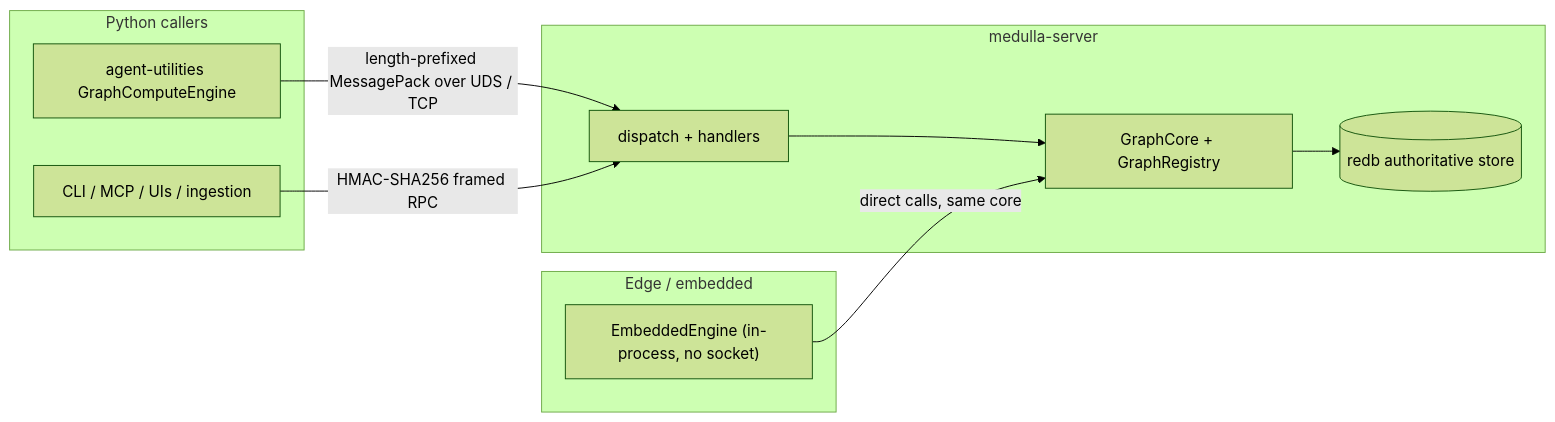
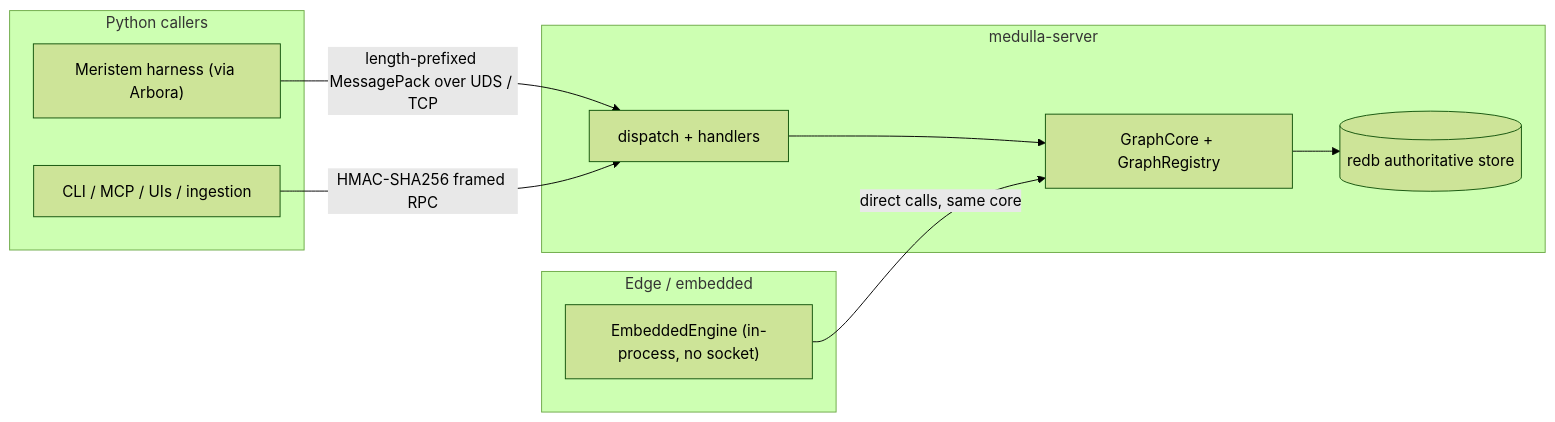
Before and after one commit to Knuckles-Team/epistemic-graph: the first of 3 diagrams in docs/overview.md, drawn with Mermaid (forest theme). The commit also changed other lines of this file and 2 other files, not shown here.

First line of the commit message:
docs: refresh architecture names and boundaries

````diff
--- a/docs/overview.md
+++ b/docs/overview.md
@@ -20,22 +20,22 @@
 ```mermaid
 flowchart LR
     subgraph PyCallers["Python callers"]
-        AU["agent-utilities GraphComputeEngine"]
+        AU["Meristem harness (via Arbora)"]
         CLI["CLI / MCP / UIs / ingestion"]
     end
     subgraph Edge["Edge / embedded"]
         EMB["EmbeddedEngine (in-process, no socket)"]
     end
 
     subgraph Server["medulla-server"]
         DISP["dispatch + handlers"]
         CORE["GraphCore + GraphRegistry"]
         REDB[("redb authoritative store")]
     end
 
     AU -->|"length-prefixed MessagePack over UDS / TCP"| DISP
     CLI -->|"HMAC-SHA256 framed RPC"| DISP
     DISP --> CORE
     EMB -->|"direct calls, same core"| CORE
     CORE --> REDB
 ```
````
